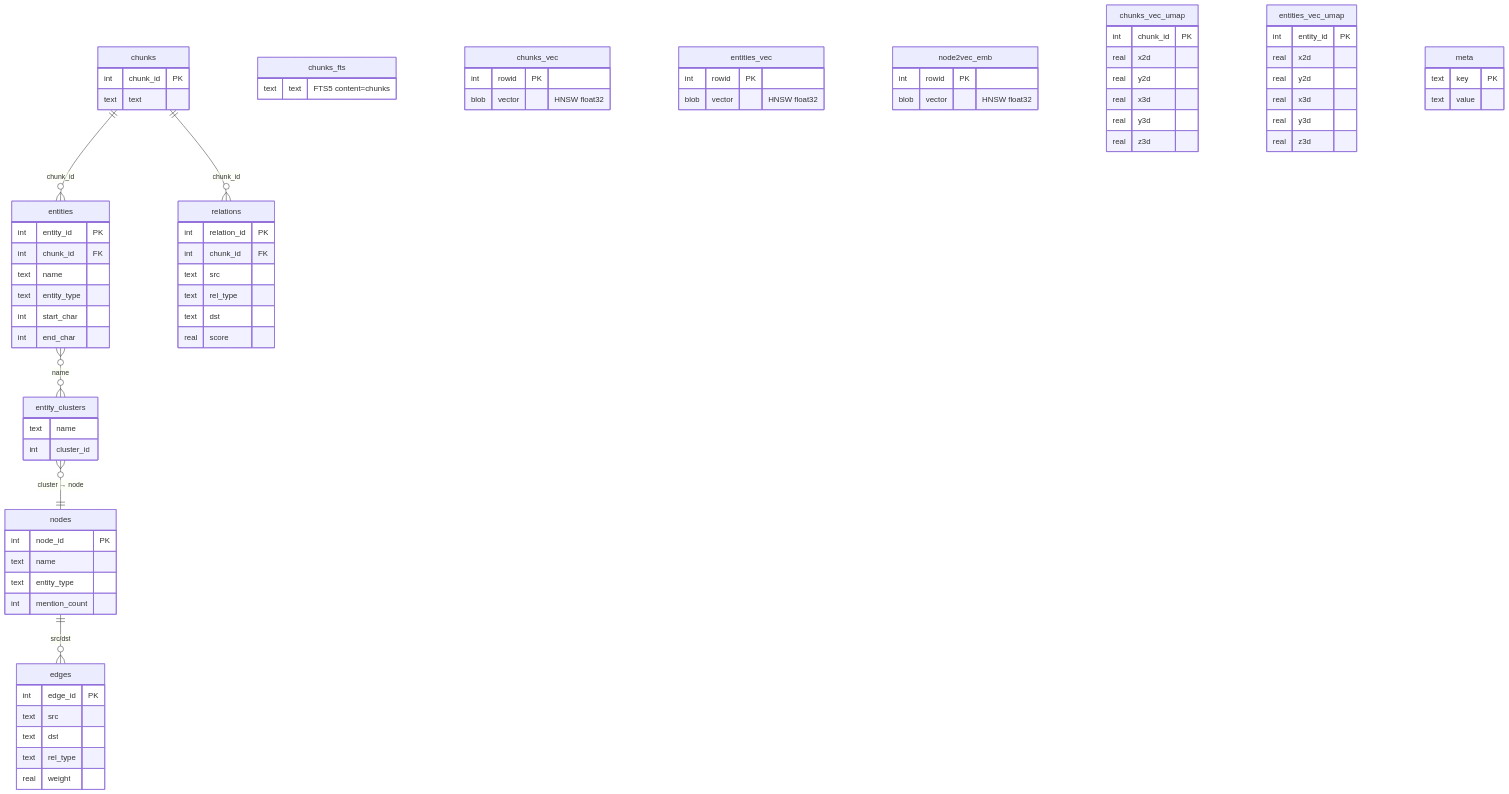
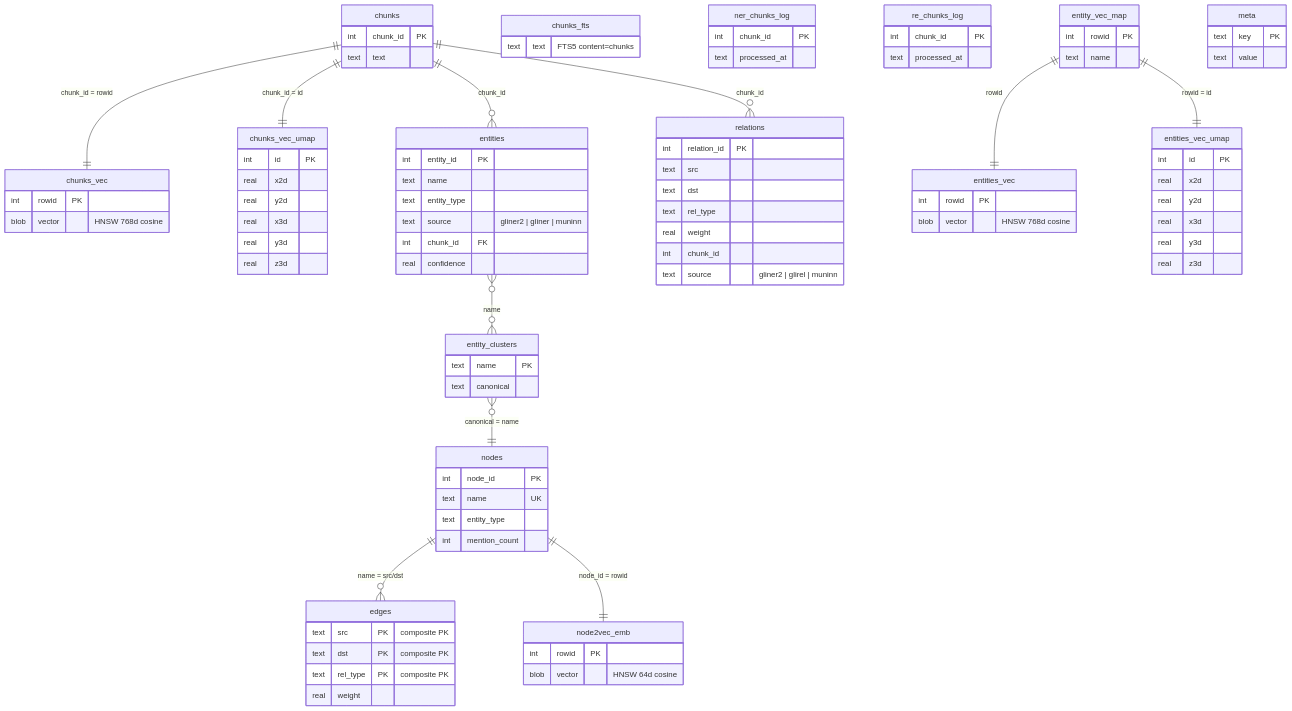
One commit to neozenith/sqlite-muninn changed the second of 2 diagrams in benchmarks/demo_builder/README.md. Above: the diagram before and after it, drawn with Mermaid. The commit also changed other lines of this file and 51 other files, not shown here.

````diff
--- a/benchmarks/demo_builder/README.md
+++ b/benchmarks/demo_builder/README.md
@@ -51,73 +110,90 @@
     }
     chunks_vec {
         int rowid PK
-        blob vector "HNSW float32"
-    }
-    entities {
-        int entity_id PK
-        int chunk_id FK
-        text name
-        text entity_type
-        int start_char
-        int end_char
-    }
-    relations {
-        int relation_id PK
-        int chunk_id FK
-        text src
-        text rel_type
-        text dst
-        real score
-    }
-    entity_clusters {
-        text name
-        int cluster_id
-    }
-    nodes {
-        int node_id PK
-        text name
-        text entity_type
-        int mention_count
-    }
-    edges {
-        int edge_id PK
-        text src
-        text dst
-        text rel_type
-        real weight
-    }
-    entities_vec {
-        int rowid PK
-        blob vector "HNSW float32"
-    }
-    node2vec_emb {
-        int rowid PK
-        blob vector "HNSW float32"
+        blob vector "HNSW 768d cosine"
     }
     chunks_vec_umap {
-        int chunk_id PK
+        int id PK
         real x2d
         real y2d
         real x3d
         real y3d
         real z3d
     }
+    entities {
+        int entity_id PK
+        text name
+        text entity_type
+        text source "gliner2 | gliner | muninn"
+        int chunk_id FK
+        real confidence
+    }
+    ner_chunks_log {
+        int chunk_id PK
+        text processed_at
+    }
+    relations {
+        int relation_id PK
+        text src
+        text dst
+        text rel_type
+        real weight
+        int chunk_id
+        text source "gliner2 | glirel | muninn"
+    }
+    re_chunks_log {
+        int chunk_id PK
+        text processed_at
+    }
+    entity_vec_map {
+        int rowid PK
+        text name
+    }
+    entities_vec {
+        int rowid PK
+        blob vector "HNSW 768d cosine"
+    }
     entities_vec_umap {
-        int entity_id PK
+        int id PK
         real x2d
         real y2d
         real x3d
         real y3d
         real z3d
     }
+    entity_clusters {
+        text name PK
+        text canonical
+    }
+    nodes {
+        int node_id PK
+        text name UK
+        text entity_type
+        int mention_count
+    }
+    edges {
+        text src PK "composite PK"
+        text dst PK "composite PK"
+        text rel_type PK "composite PK"
+        real weight
+    }
+    node2vec_emb {
+        int rowid PK
+        blob vector "HNSW 64d cosine"
+    }
     meta {
         text key PK
         text value
     }
 
+    chunks ||--|| chunks_vec : "chunk_id = rowid"
+    chunks ||--|| chunks_vec_umap : "chunk_id = id"
     chunks ||--o{ entities : "chunk_id"
     chunks ||--o{ relations : "chunk_id"
+    entity_vec_map ||--|| entities_vec : "rowid"
+    entity_vec_map ||--|| entities_vec_umap : "rowid = id"
     entities }o--o{ entity_clusters : "name"
-    entity_clusters }o--|| nodes : "cluster → node"
-    nodes ||--o{ edges : "src/dst"
+    entity_clusters }o--|| nodes : "canonical = name"
+    nodes ||--o{ edges : "name = src/dst"
+    nodes ||--|| node2vec_emb : "node_id = rowid"
 ```
````
